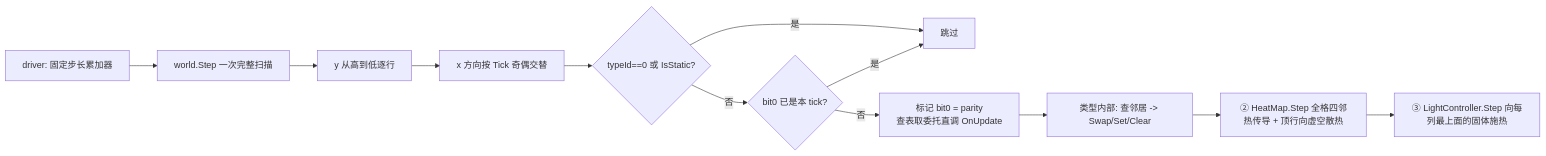
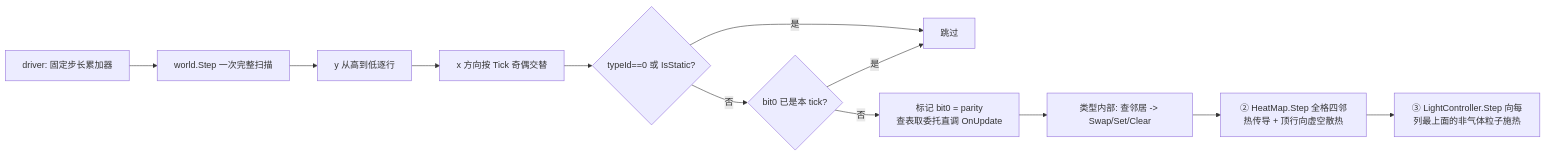
Before and after one commit to liziluyu/ThreeDaysofGenesis: the diagram in docs/ParticleTypeInterface.md, drawn with Mermaid. The commit also changed other lines of this file and 29 other files, not shown here.

````diff
--- a/docs/ParticleTypeInterface.md
+++ b/docs/ParticleTypeInterface.md
@@ -579,14 +617,14 @@
 ```mermaid
 flowchart LR
     A[driver: 固定步长累加器] --> B[world.Step 一次完整扫描]
     B --> B1[y 从高到低逐行]
     B1 --> B2[x 方向按 Tick 奇偶交替]
     B2 --> B3{typeId==0 或 IsStatic?}
     B3 -- 是 --> B4[跳过]
     B3 -- 否 --> B5{bit0 已是本 tick?}
     B5 -- 是 --> B4
     B5 -- 否 --> B6[标记 bit0 = parity<br/>查表取委托直调 OnUpdate]
     B6 --> B7[类型内部: 查邻居 -> Swap/Set/Clear]
     B7 --> C[② HeatMap.Step 全格四邻热传导 + 顶行向虚空散热]
-    C --> D[③ LightController.Step 向每列最上面的固体施热]
+    C --> D[③ LightController.Step 向每列最上面的非气体粒子施热]
 ```
````
